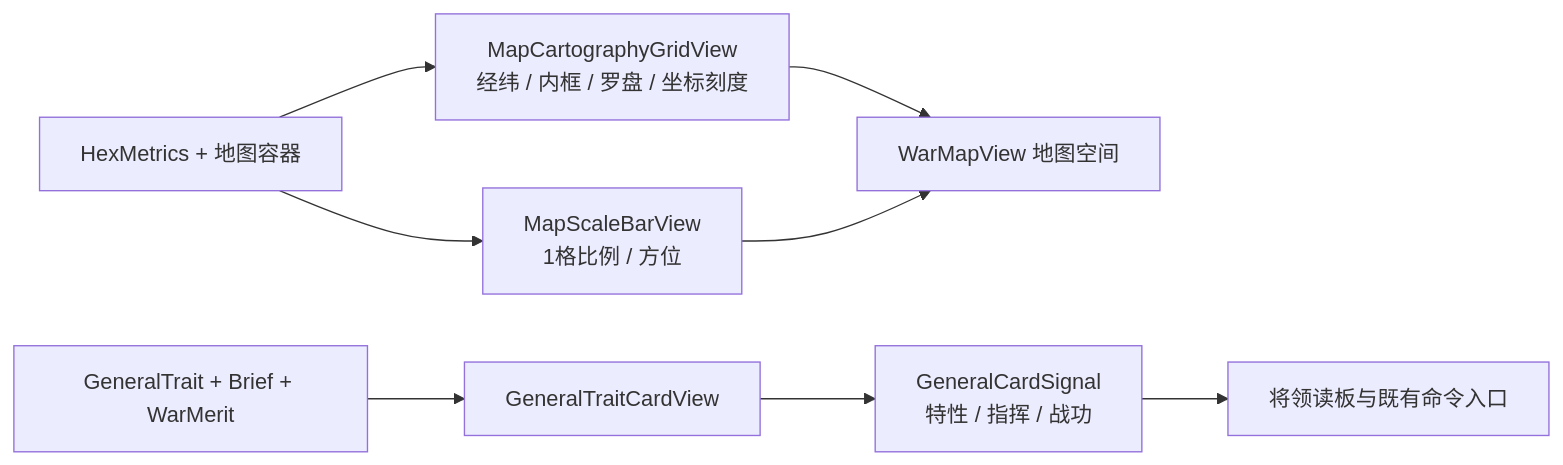
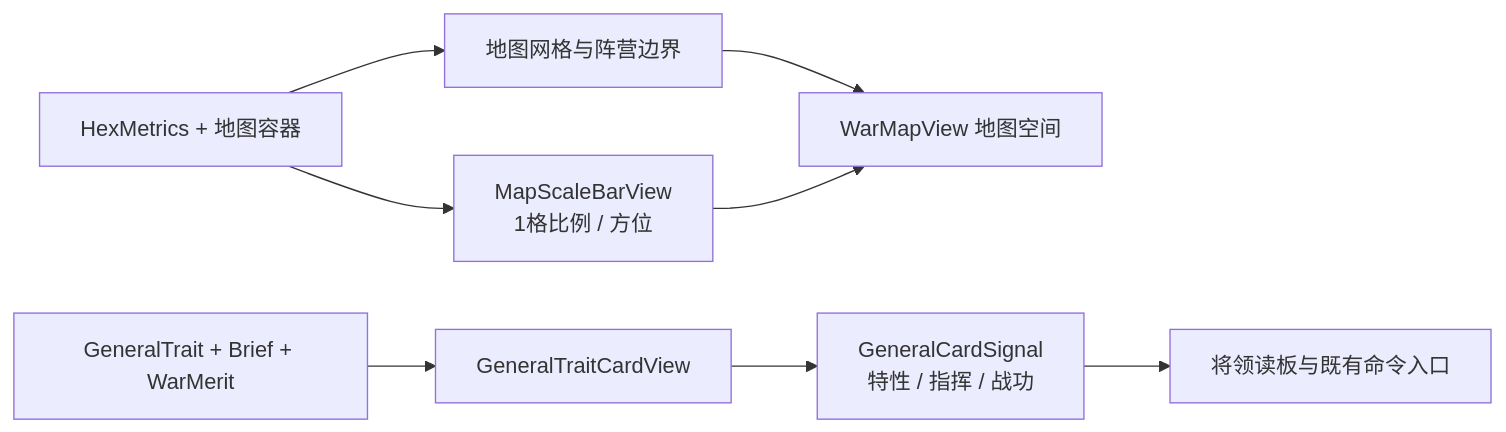
Before and after one commit to Altman-sam114/119: diagram 11 of 26 in md/flow/flowchart.md, drawn with Mermaid. The commit also changed other lines of this file and 11 other files, not shown here.

````diff
--- a/md/flow/flowchart.md
+++ b/md/flow/flowchart.md
@@ -166,10 +182,10 @@
 ```mermaid
 flowchart LR
-    H[HexMetrics + 地图容器] --> C[MapCartographyGridView\n经纬 / 内框 / 罗盘 / 坐标刻度]
+    H[HexMetrics + 地图容器] --> C[地图网格与阵营边界]
     H --> S[MapScaleBarView\n1格比例 / 方位]
     C --> M[WarMapView 地图空间]
     S --> M
     R[GeneralTrait + Brief + WarMerit] --> G[GeneralTraitCardView]
     G --> T[GeneralCardSignal\n特性 / 指挥 / 战功]
     T --> P[将领读板与既有命令入口]
 ```
````
